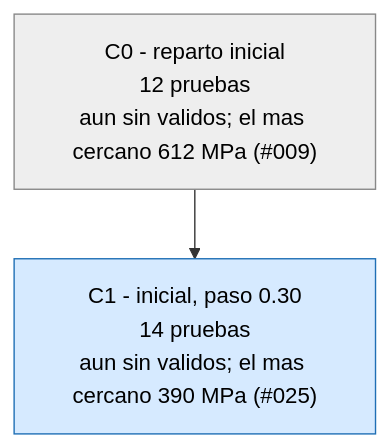
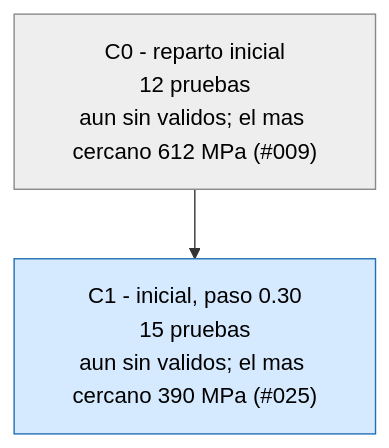
One commit to Hugiko/msd-soporte-optimizacion changed the third of 3 diagrams in runs/opt_37800N/ARBOL.md. Above: the diagram before and after it, drawn with Mermaid. The commit also changed 19 other files, not shown here.

````diff
--- a/runs/opt_37800N/ARBOL.md
+++ b/runs/opt_37800N/ARBOL.md
@@ -33,9 +33,9 @@
 ```mermaid
 graph TD
 classDef activa fill:#d6eaff,stroke:#1f6fb5,color:#000
 classDef fin fill:#eeeeee,stroke:#888,color:#000
 classDef mejor fill:#c8f0c0,stroke:#1a9850,stroke-width:4px,color:#000
 C0["C0 - reparto inicial<br/>12 pruebas<br/>aun sin validos; el mas cercano 612 MPa (#009)"]:::fin
-C1["C1 - inicial, paso 0.30<br/>14 pruebas<br/>aun sin validos; el mas cercano 390 MPa (#025)"]:::activa
+C1["C1 - inicial, paso 0.30<br/>15 pruebas<br/>aun sin validos; el mas cercano 390 MPa (#025)"]:::activa
 C0 --> C1
 ```
````
